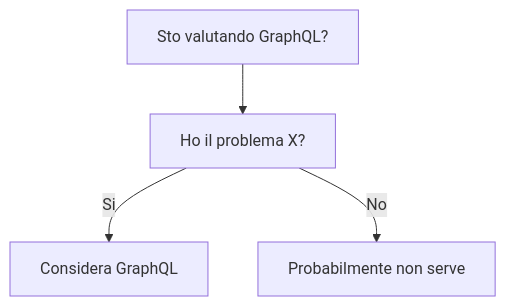
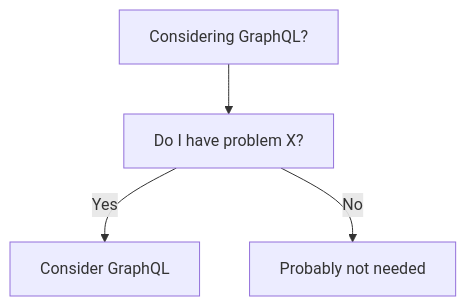
One commit to HxT9/Software-Dev-Wiki changed the diagram in dev-wiki/07_Networking/GraphQL/When_To_Use.md. Above: the diagram before and after it, drawn with Mermaid. The commit also changed other lines of this file and 3444 other files, not shown here.

````diff
--- a/dev-wiki/07_Networking/GraphQL/When_To_Use.md
+++ b/dev-wiki/07_Networking/GraphQL/When_To_Use.md
@@ -19,6 +19,6 @@
 ```mermaid
 flowchart TD
-  Q[Sto valutando GraphQL?] --> Q1[Ho il problema X?]
-  Q1 -->|Si| OK[Considera GraphQL]
-  Q1 -->|No| NO[Probabilmente non serve]
+  Q[Considering GraphQL?] --> Q1[Do I have problem X?]
+  Q1 -->|Yes| OK[Consider GraphQL]
+  Q1 -->|No| NO[Probably not needed]
 ```
````
